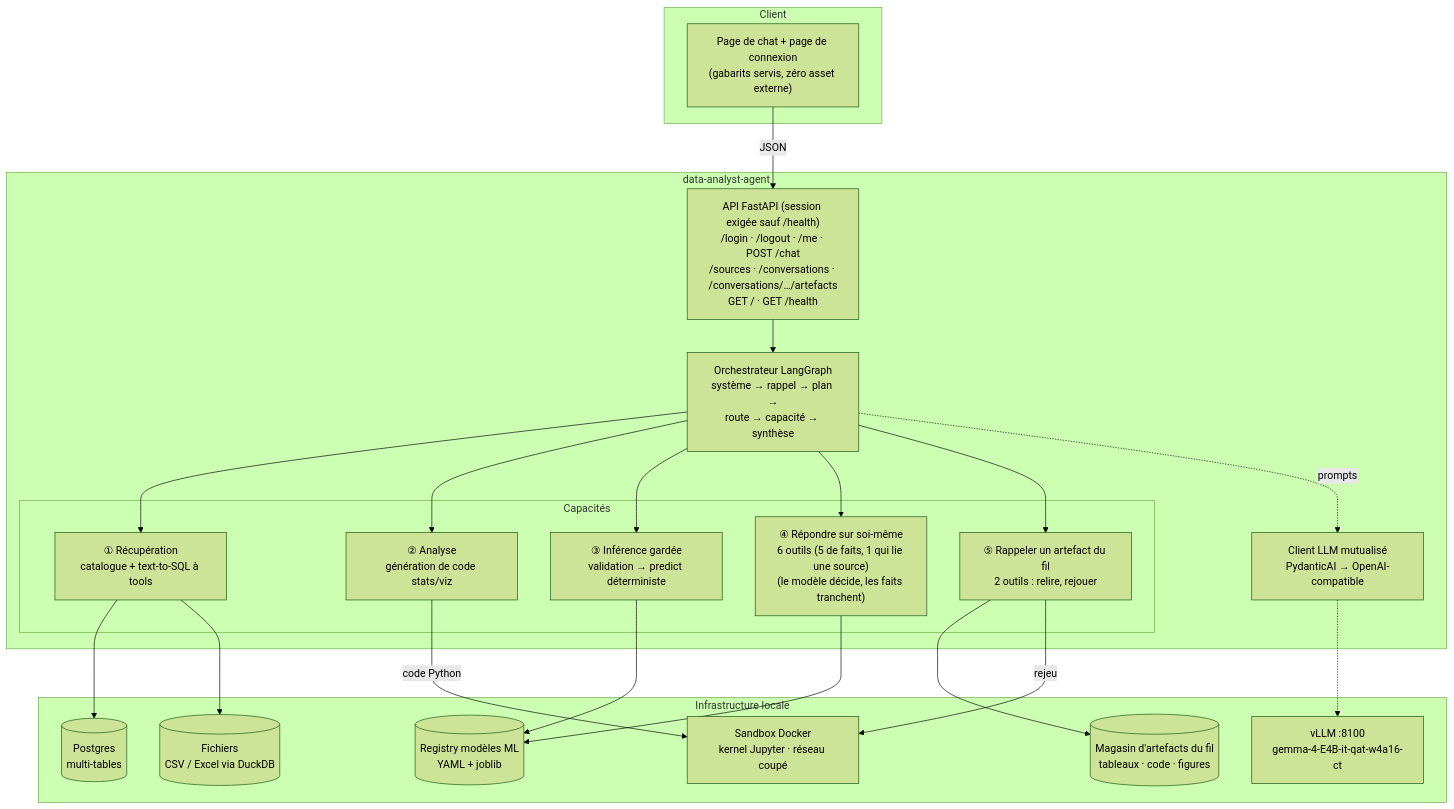
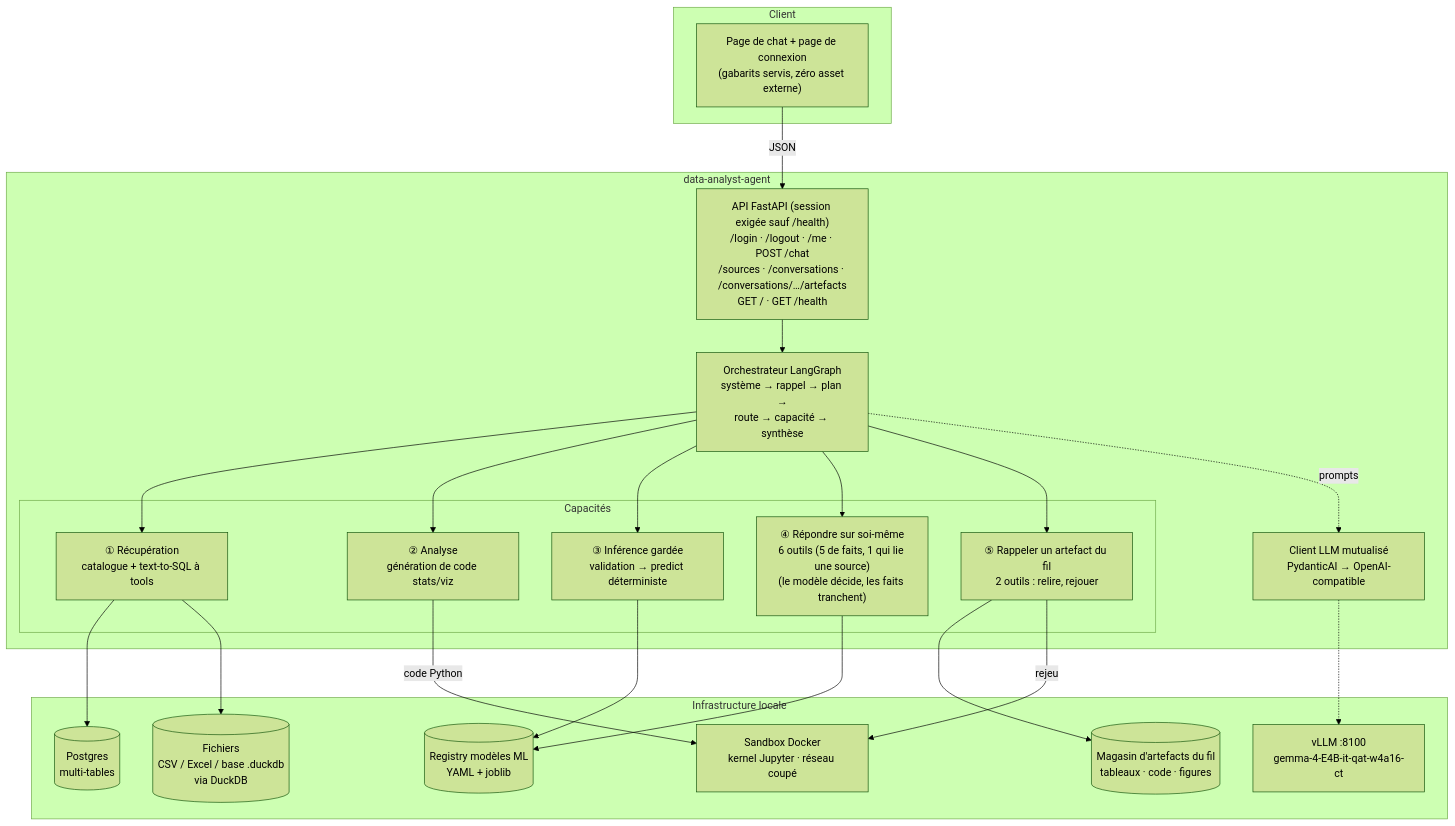
Before and after one commit to floSa/data-analyst-agent: the first of 3 diagrams in docs/ARCHITECTURE.md, drawn with Mermaid (forest theme). The commit also changed other lines of this file and 3 other files, not shown here.

````diff
--- a/docs/ARCHITECTURE.md
+++ b/docs/ARCHITECTURE.md
@@ -30,39 +40,39 @@
 ```mermaid
 flowchart TB
     subgraph client["Client"]
         UI["Page de chat + page de connexion<br/>(gabarits servis, zéro asset externe)"]
     end
 
     subgraph app["data-analyst-agent"]
         API["API FastAPI (session exigée sauf /health)<br/>/login · /logout · /me · POST /chat<br/>/sources · /conversations · /conversations/…/artefacts<br/>GET / · GET /health"]
         ORCH["Orchestrateur LangGraph<br/>système → rappel → plan →<br/>route → capacité → synthèse"]
         LLM["Client LLM mutualisé<br/>PydanticAI → OpenAI-compatible"]
 
         subgraph caps["Capacités"]
             RET["① Récupération<br/>catalogue + text-to-SQL à tools"]
             ANA["② Analyse<br/>génération de code stats/viz"]
             INF["③ Inférence gardée<br/>validation → predict déterministe"]
             SYS["④ Répondre sur soi-même<br/>6 outils (5 de faits, 1 qui lie une source)<br/>(le modèle décide, les faits tranchent)"]
             RAP["⑤ Rappeler un artefact du fil<br/>2 outils : relire, rejouer"]
         end
     end
 
     subgraph infra["Infrastructure locale"]
         MOTEUR["vLLM :8100<br/>gemma-4-E4B-it-qat-w4a16-ct"]
         SBX["Sandbox Docker<br/>kernel Jupyter · réseau coupé"]
         PG[("Postgres<br/>multi-tables")]
-        FILES[("Fichiers<br/>CSV / Excel via DuckDB")]
+        FILES[("Fichiers<br/>CSV / Excel / base .duckdb<br/>via DuckDB")]
         REG[("Registry modèles ML<br/>YAML + joblib")]
         WS[("Magasin d'artefacts du fil<br/>tableaux · code · figures")]
     end
 
     UI -->|JSON| API --> ORCH
     ORCH --> RET & ANA & INF & SYS & RAP
     ORCH -.->|prompts| LLM -.-> MOTEUR
     RET --> PG & FILES
     ANA -->|code Python| SBX
     INF --> REG
     SYS --> REG
     RAP --> WS
     RAP -->|rejeu| SBX
 ```
````
